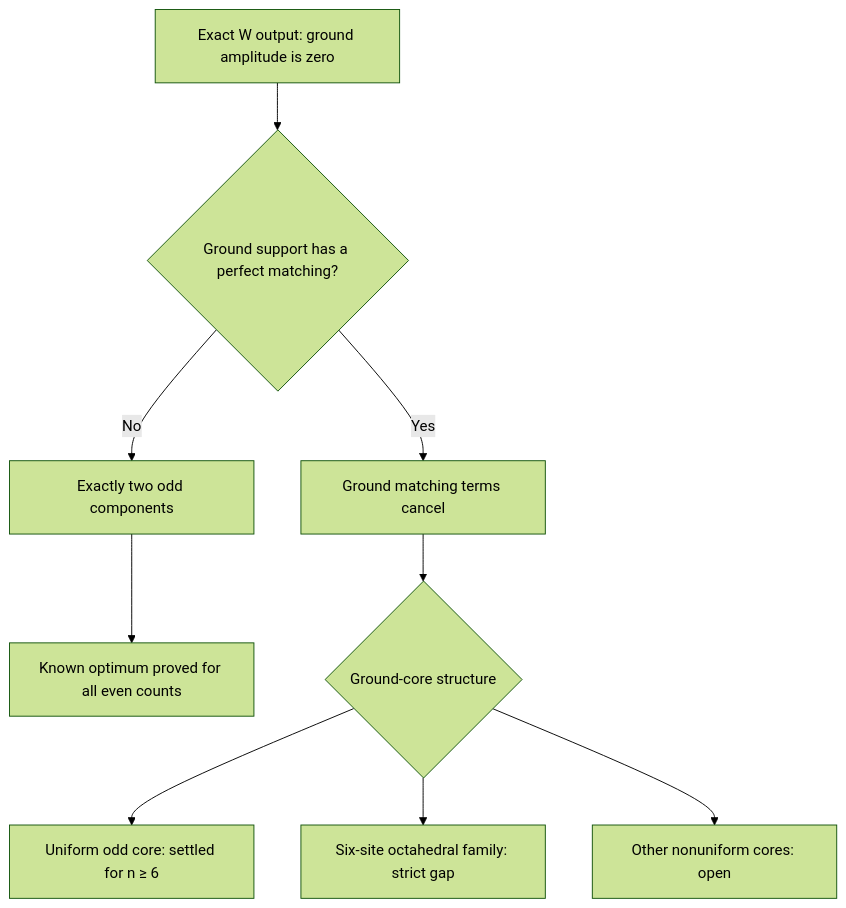
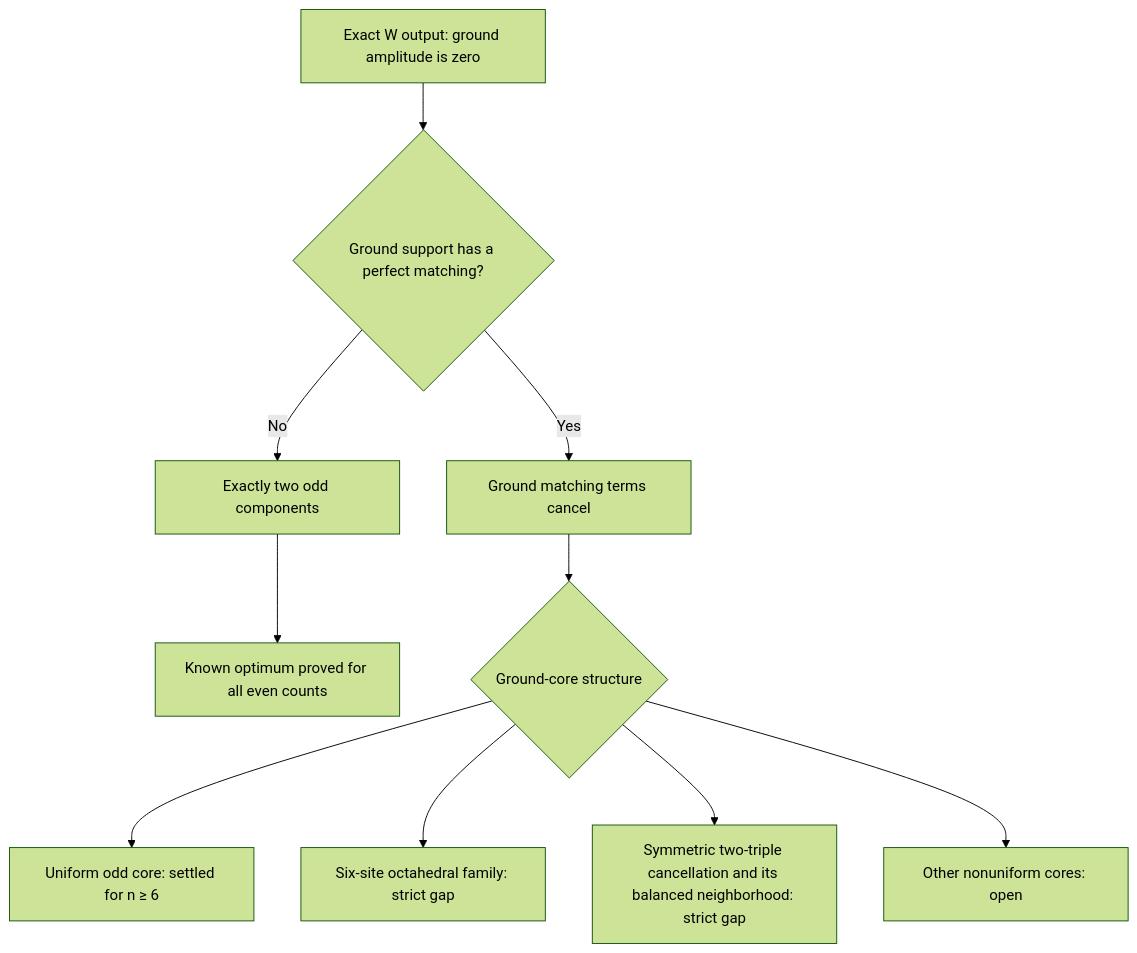
One commit to rrajasek95/krenn-conjecture changed the diagram in research/w-state-design/README.md. Above: the diagram before and after it, drawn with Mermaid (forest theme). The commit also changed other lines of this file and 12 other files, not shown here.

Commit message:
Prove a balanced W cancellation gap and a second scalar local minimum

```diff
--- a/research/w-state-design/README.md
+++ b/research/w-state-design/README.md
@@ -67,11 +68,12 @@
 ~~~mermaid
 flowchart TD
     A["Exact W output: ground amplitude is zero"] --> B{"Ground support has a perfect matching?"}
     B -->|No| C["Exactly two odd components"]
     C --> D["Known optimum proved for all even counts"]
     B -->|Yes| E["Ground matching terms cancel"]
     E --> F{"Ground-core structure"}
     F --> G["Uniform odd core: settled for n ≥ 6"]
     F --> H["Six-site octahedral family: strict gap"]
+    F --> J["Symmetric two-triple cancellation and its balanced neighborhood: strict gap"]
     F --> I["Other nonuniform cores: open"]
 ~~~
```
